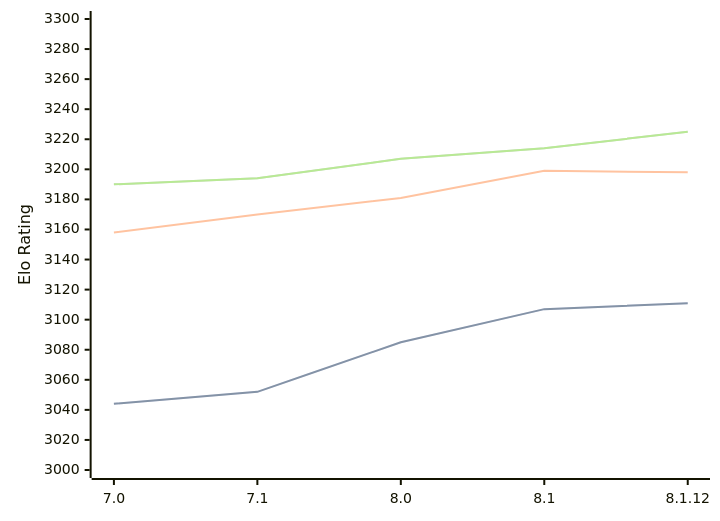
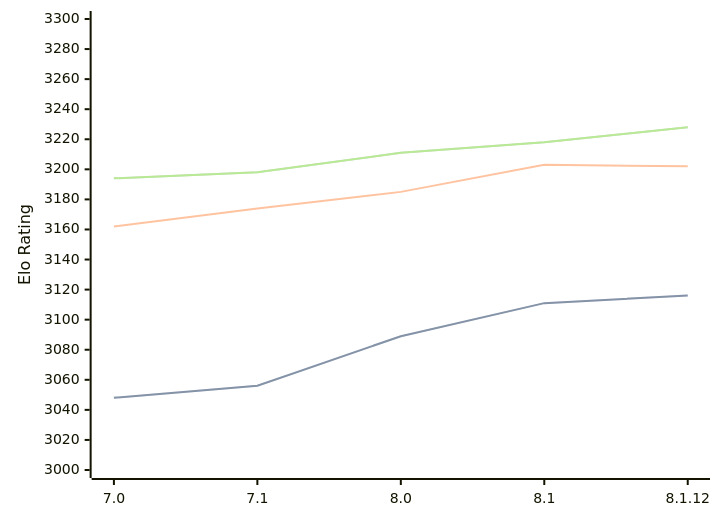
One commit to computer-chess-index/cci changed the diagram in engines/Alexandria.md. Above: the diagram before and after it, drawn with Mermaid. The commit also changed other lines of this file, not shown here.

Commit message:
Update CCI Ratings (ELO VLTC) - 2026-02-24

````diff
--- a/engines/Alexandria.md
+++ b/engines/Alexandria.md
@@ -51,11 +51,11 @@
 ```mermaid
 %%{init: {"theme":"base","themeVariables":{"seriesColors:['#a3a3a3','#222221','#faa371']}}}%%
 xychart-beta
   x-axis ["7.0", "7.1", "8.0", "8.1", "8.1.12"]
   y-axis "Elo Rating" 3000 --> 3300
-  line "STC (8.0+0.08s)" [3044, 3052, 3085, 3107, 3111]
-  line "STC (8.0+0.08s)" [3044, 3052, 3085, 3107, 3111]
-  line "LTC (60.0+0.60s)" [3158, 3170, 3181, 3199, 3198]
-  line "VLTC (2m24s+1.12s)" [3190, 3194, 3207, 3214, 3225]
-  line "VLTC (2m24s+1.12s)" [3190, 3194, 3207, 3214, 3225]
+  line "STC (8.0+0.08s)" [3048, 3056, 3089, 3111, 3116]
+  line "STC (8.0+0.08s)" [3048, 3056, 3089, 3111, 3116]
+  line "LTC (60.0+0.60s)" [3162, 3174, 3185, 3203, 3202]
+  line "VLTC (2m24s+1.12s)" [3194, 3198, 3211, 3218, 3228]
+  line "VLTC (2m24s+1.12s)" [3194, 3198, 3211, 3218, 3228]
 ```
````
